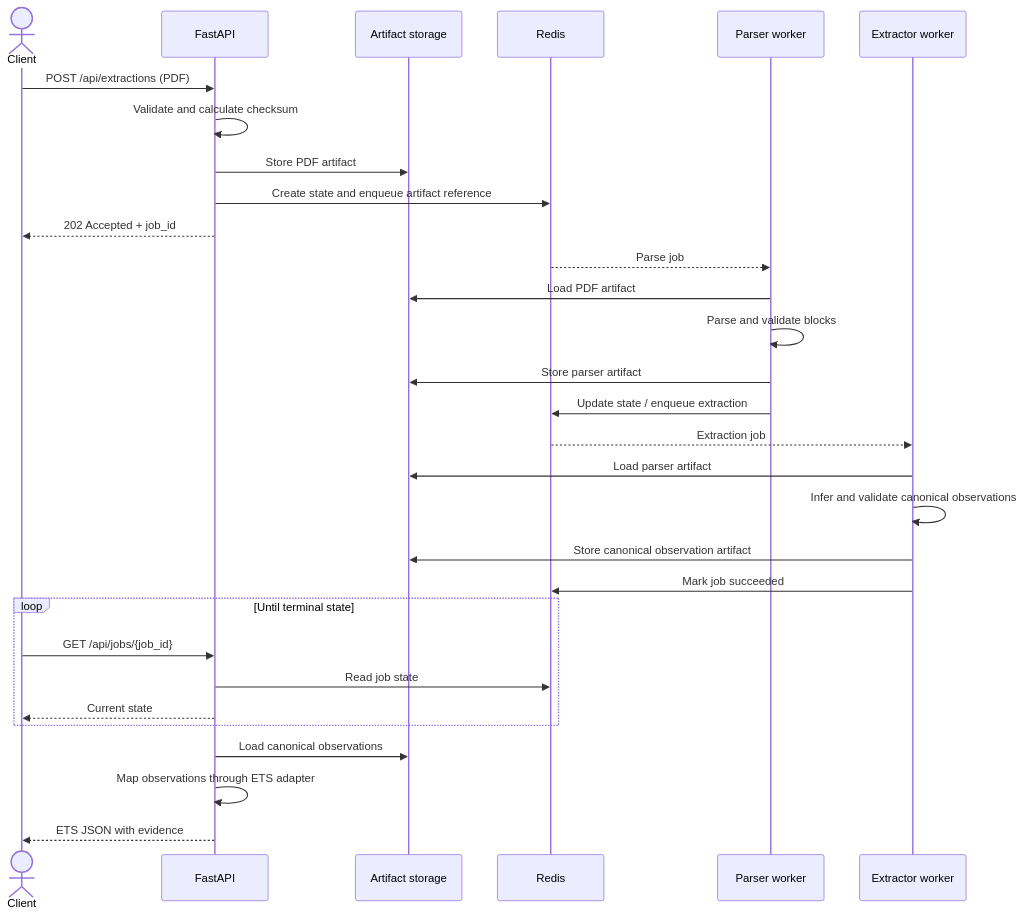
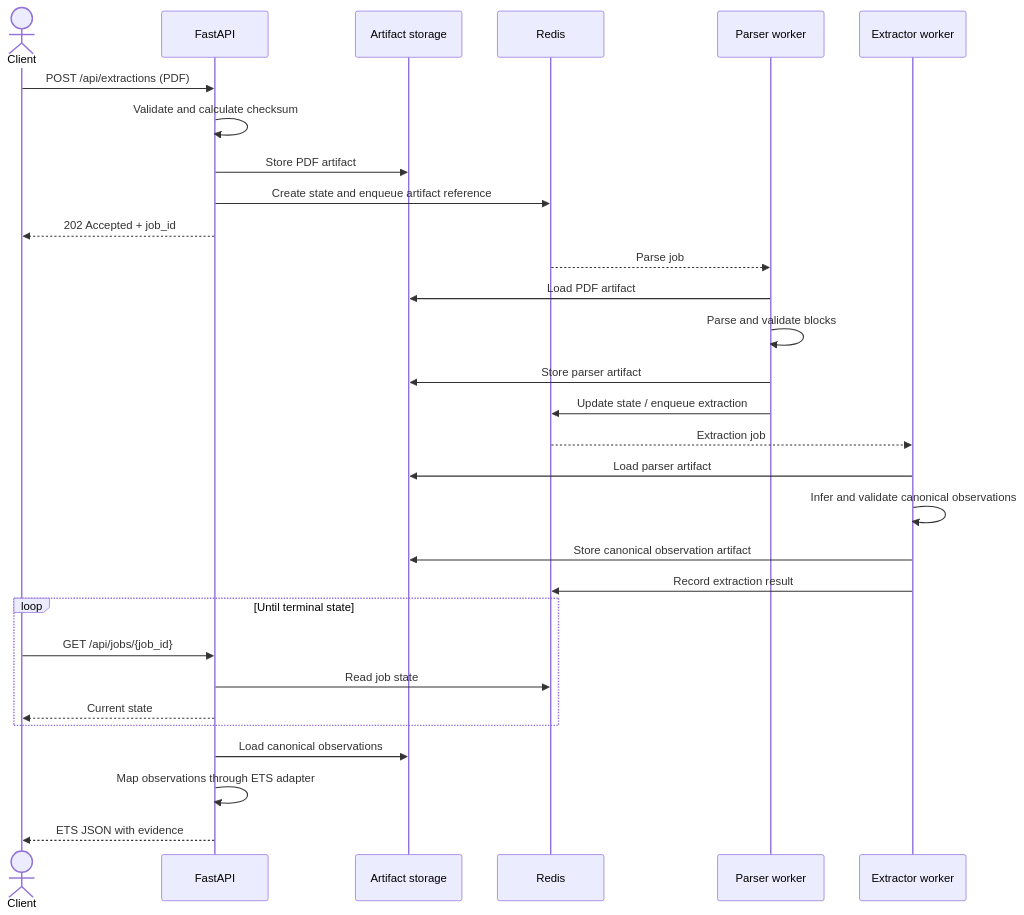
One commit to BioParser/BioParser changed the second of 4 diagrams in docs/architecture.md. Above: the diagram before and after it, drawn with Mermaid. The commit also changed other lines of this file and 38 other files, not shown here.

````diff
--- a/docs/architecture.md
+++ b/docs/architecture.md
@@ -108,37 +108,37 @@
 ```mermaid
 sequenceDiagram
     actor Client
     participant API as FastAPI
     participant Store as Artifact storage
     participant Redis
     participant Parser as Parser worker
     participant Extractor as Extractor worker
 
     Client->>API: POST /api/extractions (PDF)
     API->>API: Validate and calculate checksum
     API->>Store: Store PDF artifact
     API->>Redis: Create state and enqueue artifact reference
     API-->>Client: 202 Accepted + job_id
 
     Redis-->>Parser: Parse job
     Parser->>Store: Load PDF artifact
     Parser->>Parser: Parse and validate blocks
     Parser->>Store: Store parser artifact
     Parser->>Redis: Update state / enqueue extraction
 
     Redis-->>Extractor: Extraction job
     Extractor->>Store: Load parser artifact
     Extractor->>Extractor: Infer and validate canonical observations
     Extractor->>Store: Store canonical observation artifact
-    Extractor->>Redis: Mark job succeeded
+    Extractor->>Redis: Record extraction result
 
     loop Until terminal state
         Client->>API: GET /api/jobs/{job_id}
         API->>Redis: Read job state
         API-->>Client: Current state
     end
 
     API->>Store: Load canonical observations
     API->>API: Map observations through ETS adapter
     API-->>Client: ETS JSON with evidence
 ```
````
